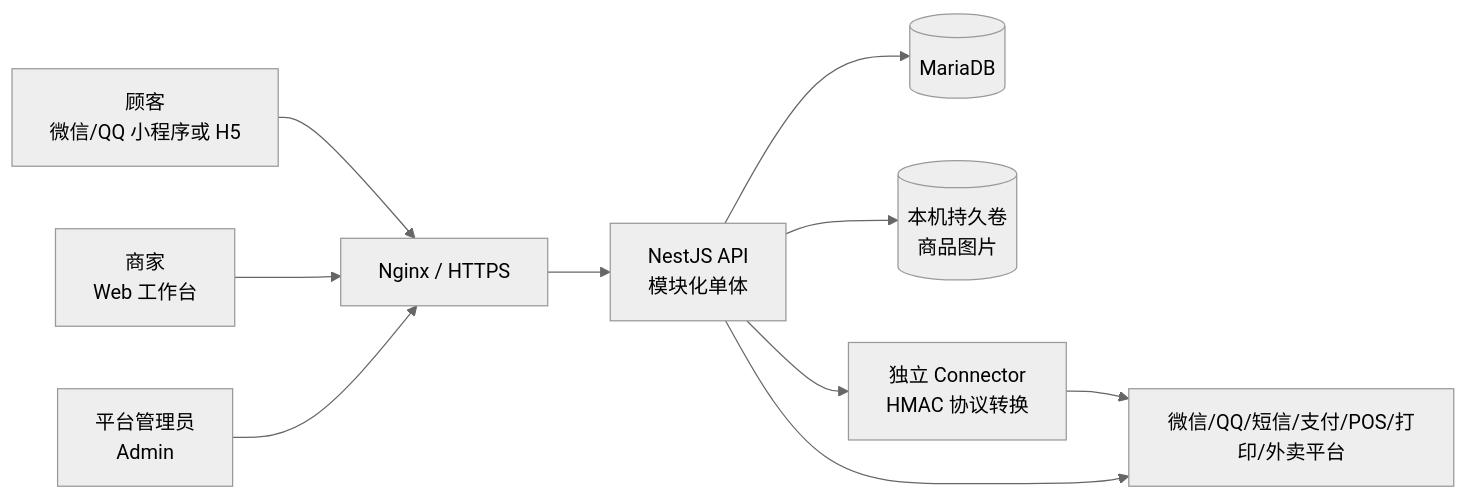
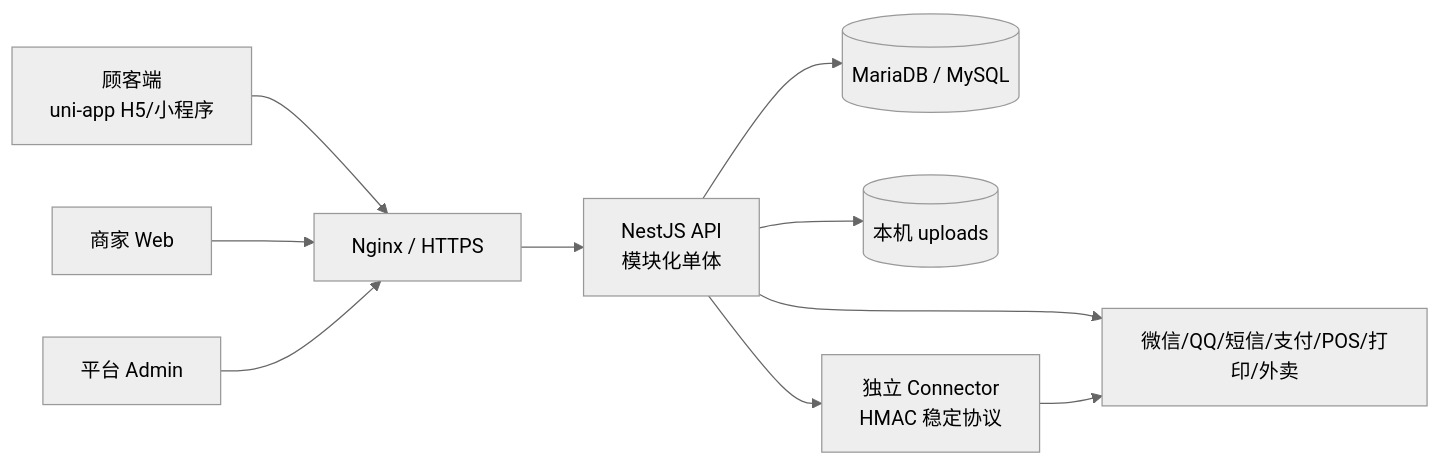
Before and after one commit to ZhangNoName/LingDian: the first of 3 diagrams in docs/11-system-structure.md, drawn with Mermaid (neutral theme). The commit also changed other lines of this file and 178 other files, not shown here.

````diff
--- a/docs/11-system-structure.md
+++ b/docs/11-system-structure.md
@@ -33,23 +20,22 @@
 ```mermaid
 flowchart LR
-  Customer[顾客\n微信/QQ 小程序或 H5]
-  Merchant[商家\nWeb 工作台]
-  Platform[平台管理员\nAdmin]
-
+  Customer[顾客端\nuni-app H5/小程序]
+  Merchant[商家 Web]
+  Admin[平台 Admin]
   Gateway[Nginx / HTTPS]
   API[NestJS API\n模块化单体]
-  DB[(MariaDB)]
-  Files[(本机持久卷\n商品图片)]
-  Connector[独立 Connector\nHMAC 协议转换]
-  External[微信/QQ/短信/支付/POS/打印/外卖平台]
+  DB[(MariaDB / MySQL)]
+  Files[(本机 uploads)]
+  Connector[独立 Connector\nHMAC 稳定协议]
+  External[微信/QQ/短信/支付/POS/打印/外卖]
 
   Customer --> Gateway
   Merchant --> Gateway
-  Platform --> Gateway
+  Admin --> Gateway
   Gateway --> API
   API --> DB
   API --> Files
   API --> Connector
+  API --> External
   Connector --> External
-  API --> External
 ```
````
